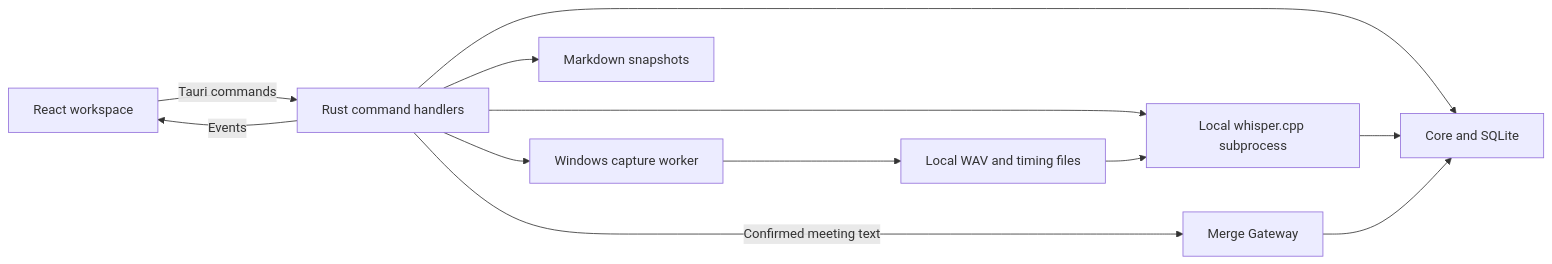
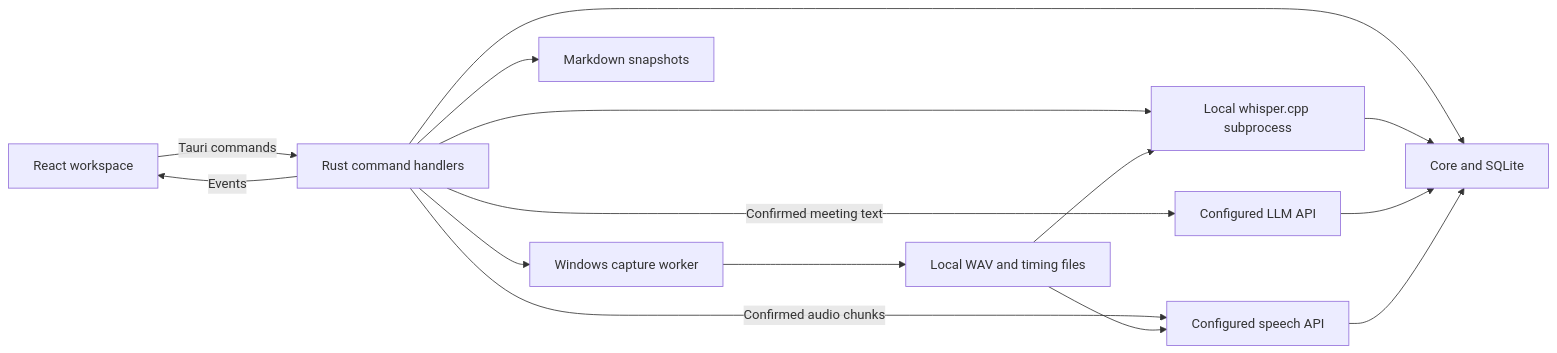
One commit to rahuloruganti/OpenMeet changed the diagram in docs/architecture.md. Above: the diagram before and after it, drawn with Mermaid. The commit also changed other lines of this file and 47 other files, not shown here.

````diff
--- a/docs/architecture.md
+++ b/docs/architecture.md
@@ -7,14 +7,17 @@
 ```mermaid
 flowchart LR
     UI[React workspace] -->|Tauri commands| Backend[Rust command handlers]
     Backend --> Core[Core and SQLite]
     Backend --> Capture[Windows capture worker]
     Capture --> Files[Local WAV and timing files]
     Backend --> STT[Local whisper.cpp subprocess]
     Files --> STT
     STT --> Core
-    Backend -->|Confirmed meeting text| Merge[Merge Gateway]
-    Merge --> Core
+    Backend -->|Confirmed meeting text| LLM[Configured LLM API]
+    LLM --> Core
+    Backend -->|Confirmed audio chunks| Cloud[Configured speech API]
+    Files --> Cloud
+    Cloud --> Core
     Backend --> Export[Markdown snapshots]
     Backend -->|Events| UI
 ```
````
